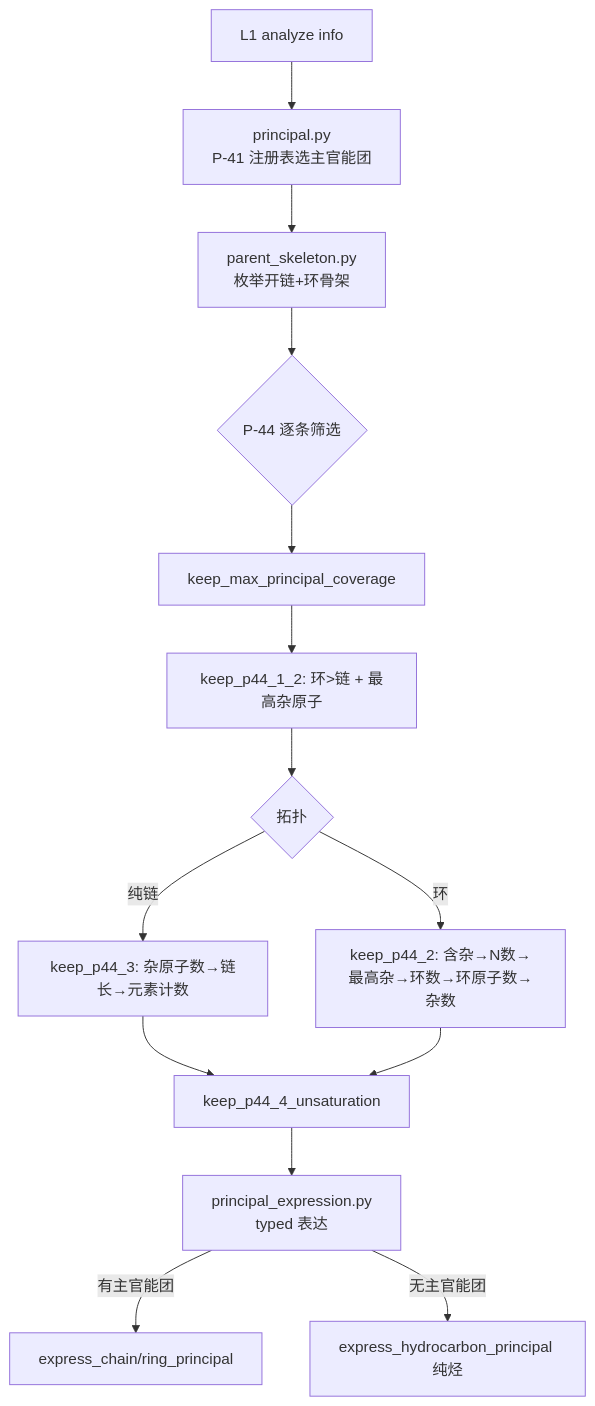
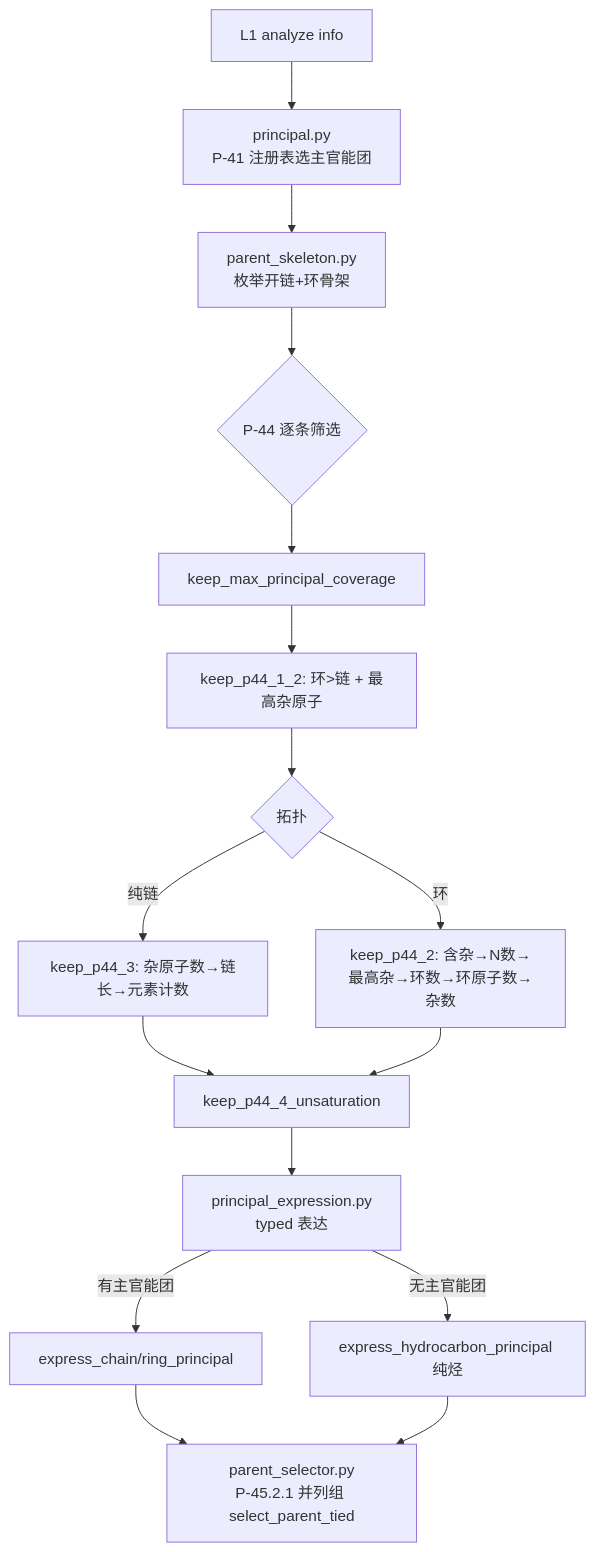
One commit to zouxiaofei1/OpenSMILES changed the second of 4 diagrams in docs/wiki/architecture/layer2-parent-selector.md. Above: the diagram before and after it, drawn with Mermaid. The commit also changed other lines of this file and 13 other files, not shown here.

````diff
--- a/docs/wiki/architecture/layer2-parent-selector.md
+++ b/docs/wiki/architecture/layer2-parent-selector.md
@@ -46,16 +53,18 @@
 ```mermaid
 flowchart TD
     A[L1 analyze info] --> B[principal.py<br/>P-41 注册表选主官能团]
     B --> C[parent_skeleton.py<br/>枚举开链+环骨架]
     C --> D{P-44 逐条筛选}
     D --> D1[keep_max_principal_coverage]
     D1 --> D2[keep_p44_1_2: 环>链 + 最高杂原子]
     D2 --> D3{拓扑}
     D3 -->|纯链| D4[keep_p44_3: 杂原子数→链长→元素计数]
     D3 -->|环| D5[keep_p44_2: 含杂→N数→最高杂→环数→环原子数→杂数]
     D4 --> D6[keep_p44_4_unsaturation]
     D5 --> D6
     D6 --> E[principal_expression.py<br/>typed 表达]
     E -->|有主官能团| F[express_chain/ring_principal]
     E -->|无主官能团| G[express_hydrocarbon_principal 纯烃]
+    F --> H[parent_selector.py<br/>P-45.2.1 并列组 select_parent_tied]
+    G --> H
 ```
````
